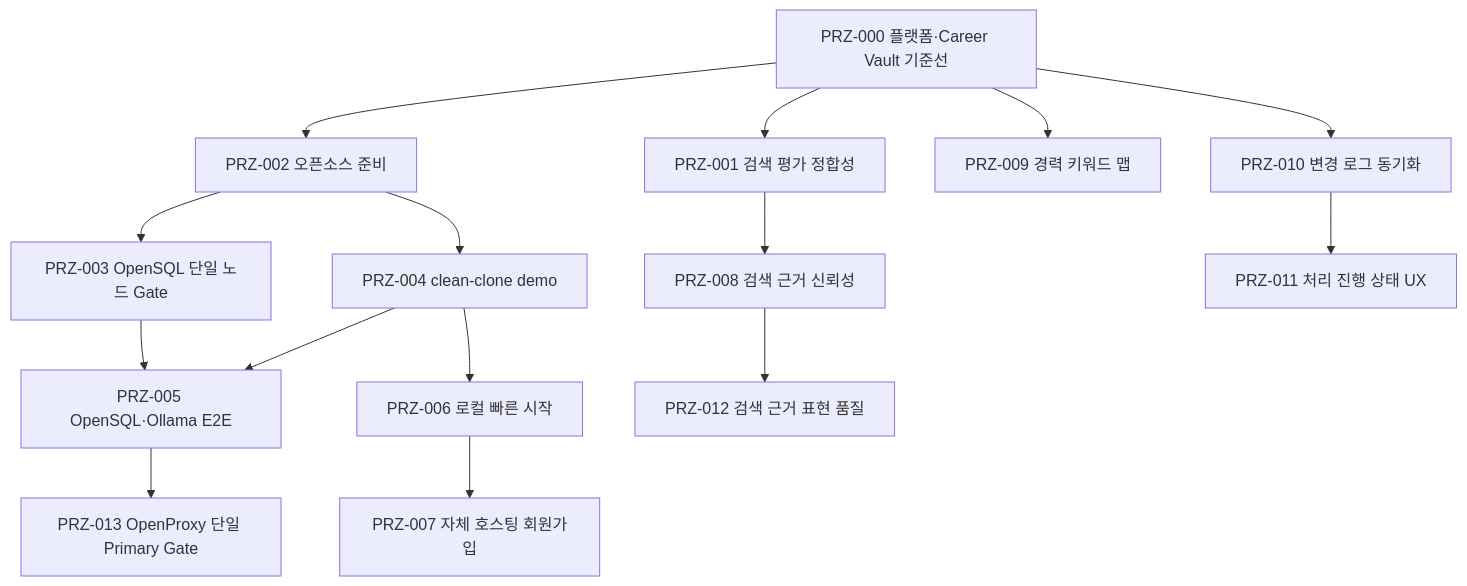
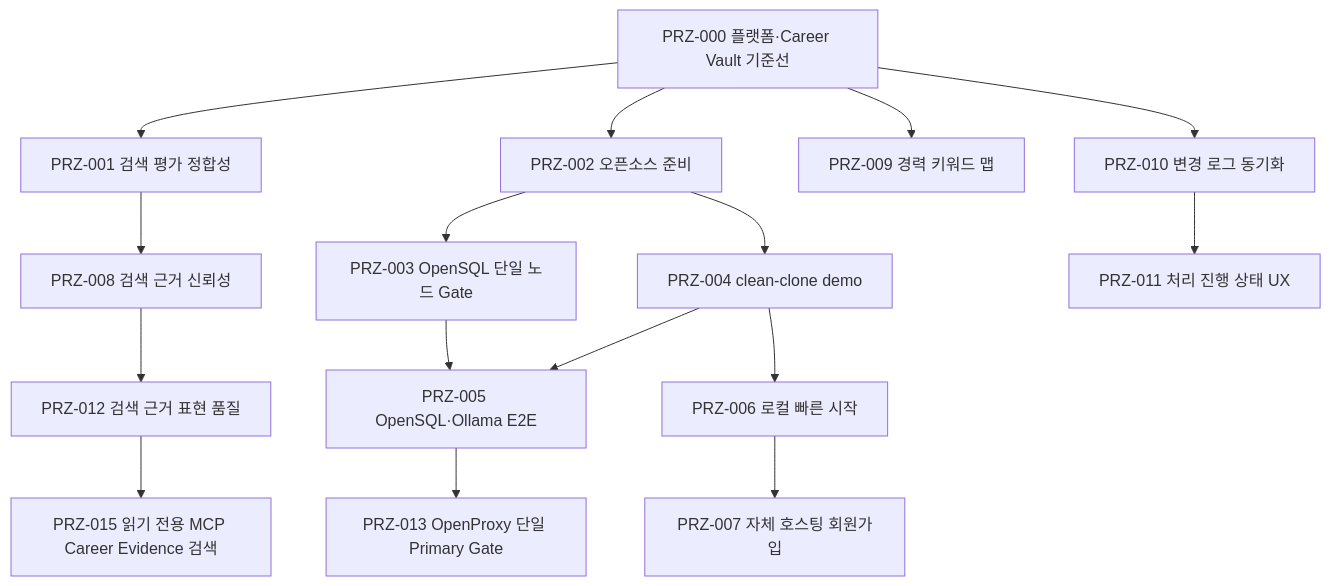
Before and after one commit to jaemin-devlog/PRIZM: the diagram in specs/README.md, drawn with Mermaid. The commit also changed other lines of this file and 23 other files, not shown here.

Commit message:
PRZ-015 MCP 경력 근거 검색 검증 완료

````diff
--- a/specs/README.md
+++ b/specs/README.md
@@ -23,25 +23,26 @@
 ```mermaid
 flowchart TD
     PRZ000["PRZ-000 플랫폼·Career Vault 기준선"]
     PRZ001["PRZ-001 검색 평가 정합성"]
     PRZ002["PRZ-002 오픈소스 준비"]
     PRZ003["PRZ-003 OpenSQL 단일 노드 Gate"]
     PRZ004["PRZ-004 clean-clone demo"]
     PRZ005["PRZ-005 OpenSQL·Ollama E2E"]
     PRZ006["PRZ-006 로컬 빠른 시작"]
     PRZ007["PRZ-007 자체 호스팅 회원가입"]
     PRZ008["PRZ-008 검색 근거 신뢰성"]
     PRZ009["PRZ-009 경력 키워드 맵"]
     PRZ010["PRZ-010 변경 로그 동기화"]
     PRZ011["PRZ-011 처리 진행 상태 UX"]
     PRZ012["PRZ-012 검색 근거 표현 품질"]
     PRZ013["PRZ-013 OpenProxy 단일 Primary Gate"]
+    PRZ015["PRZ-015 읽기 전용 MCP Career Evidence 검색"]
 
-    PRZ000 --> PRZ001 --> PRZ008 --> PRZ012
+    PRZ000 --> PRZ001 --> PRZ008 --> PRZ012 --> PRZ015
     PRZ000 --> PRZ002 --> PRZ003 --> PRZ005
     PRZ002 --> PRZ004 --> PRZ005
     PRZ005 --> PRZ013
     PRZ004 --> PRZ006 --> PRZ007
     PRZ000 --> PRZ009
     PRZ000 --> PRZ010 --> PRZ011
 ```
````
